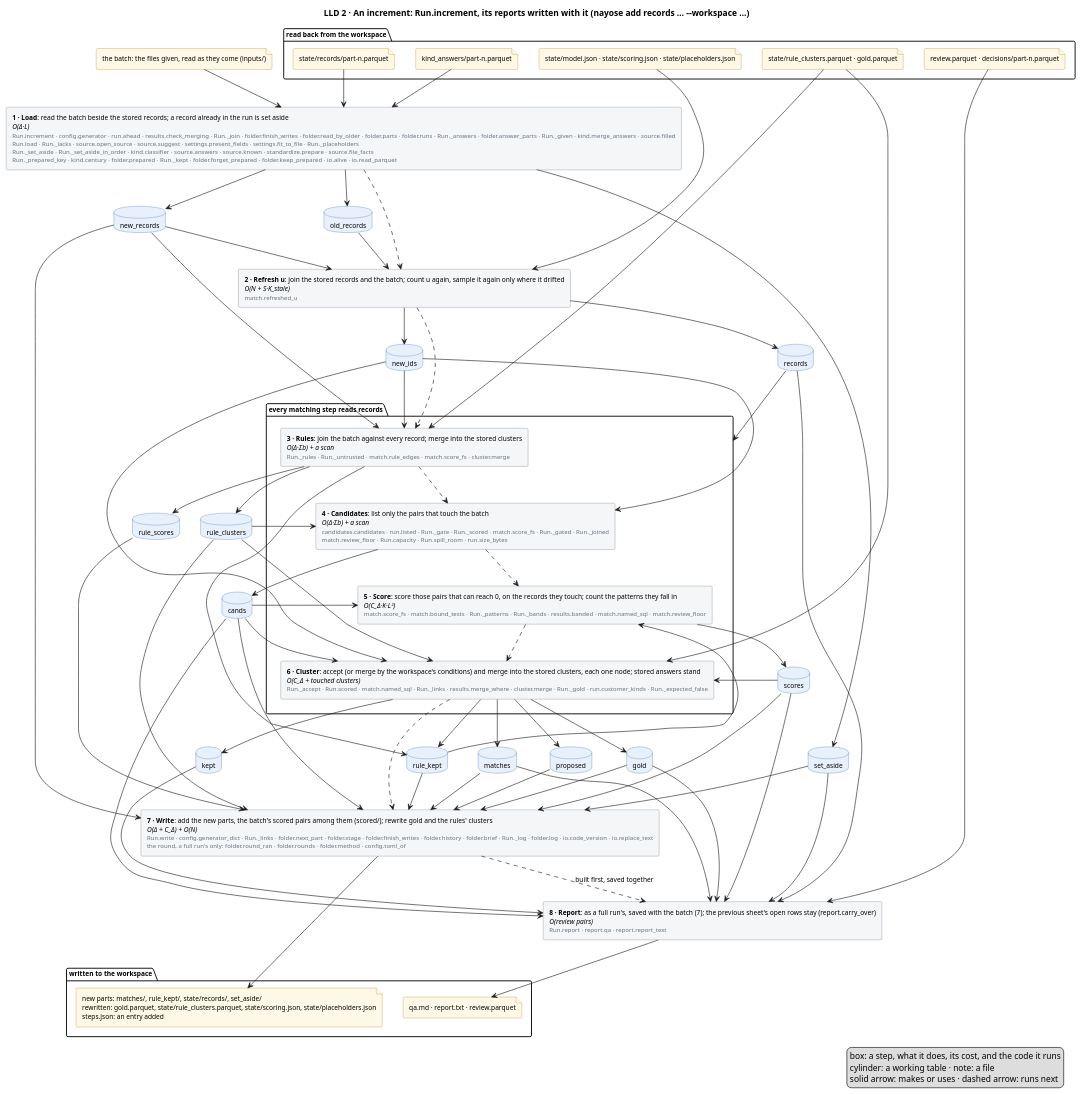
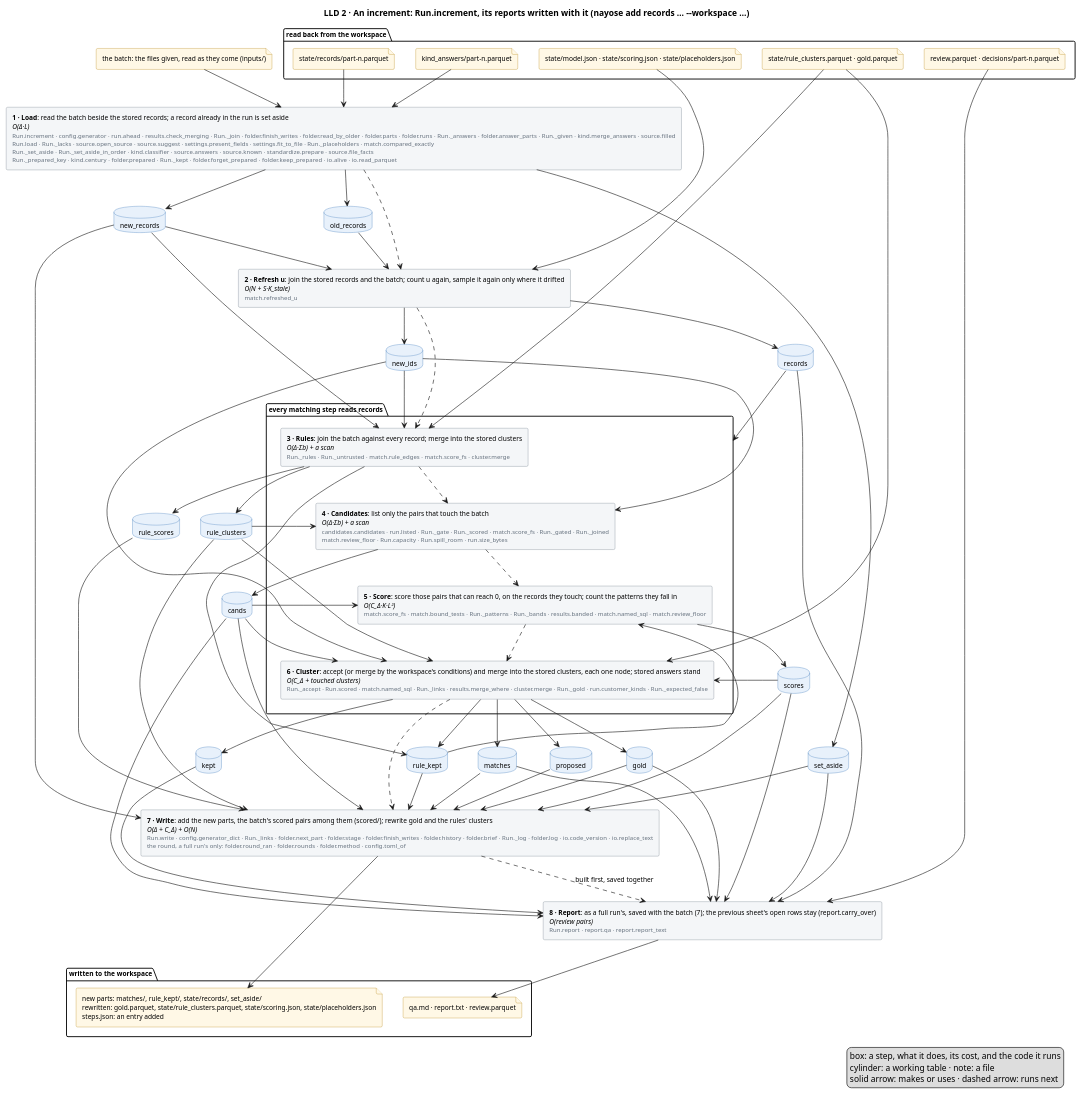
The diagram in docs/diagrams/increment.puml (mvsbm/entity_matching), drawn with PlantUML before and after one commit. The commit also changed 16 other files, not shown here.

First line of the commit message:
A placeholder value of a compared field is read as missing, so an exact match weighs what it says; the gap draws only records that could reach the floor; and a key whose agreement weighs nothing is not run where other keys list its pairs

```diff
--- a/docs/diagrams/increment.puml
+++ b/docs/diagrams/increment.puml
@@ -1,126 +1,126 @@
 @startuml increment
 title LLD 2 · An increment: Run.increment, its reports written with it (nayose add records … ~--workspace …)
 skinparam defaultFontSize 11
 skinparam rectangle {
   BackgroundColor #F4F6F8
   BorderColor #65717E
 }
 skinparam database {
   BackgroundColor #E8F1FB
   BorderColor #2C6DB3
 }
 skinparam file {
   BackgroundColor #FFF8E6
   BorderColor #B07D00
 }
 
 package "read back from the workspace" {
   file "state/model.json · state/scoring.json · state/placeholders.json" as f_model
   file "state/records/part-n.parquet" as f_records
   file "state/rule_clusters.parquet · gold.parquet" as f_clusters
   file "kind_answers/part-n.parquet" as f_answers
   file "review.parquet · decisions/part-n.parquet" as f_sheet
 }
 file "the batch: the files given, read as they come (inputs/)" as f_batch
 
 
-rectangle "<b>1 · Load</b>: read the batch beside the stored records; a record already in the run is set aside\n<i>O(Δ·L)</i>\n<size:10><color:#65717E>Run.increment · config.generator · run.ahead · results.check_merging · Run._join · folder.finish_writes · folder.read_by_older · folder.parts · folder.runs · Run._answers · folder.answer_parts · Run._given · kind.merge_answers · source.filled</color></size>\n<size:10><color:#65717E>Run.load · Run._lacks · source.open_source · source.suggest · settings.present_fields · settings.fit_to_file · Run._placeholders</color></size>\n<size:10><color:#65717E>Run._set_aside · Run._set_aside_in_order · kind.classifier · source.answers · source.known · standardize.prepare · source.file_facts</color></size>\n<size:10><color:#65717E>Run._prepared_key · kind.century · folder.prepared · Run._kept · folder.forget_prepared · folder.keep_prepared · io.alive · io.read_parquet</color></size>" as load
+rectangle "<b>1 · Load</b>: read the batch beside the stored records; a record already in the run is set aside\n<i>O(Δ·L)</i>\n<size:10><color:#65717E>Run.increment · config.generator · run.ahead · results.check_merging · Run._join · folder.finish_writes · folder.read_by_older · folder.parts · folder.runs · Run._answers · folder.answer_parts · Run._given · kind.merge_answers · source.filled</color></size>\n<size:10><color:#65717E>Run.load · Run._lacks · source.open_source · source.suggest · settings.present_fields · settings.fit_to_file · Run._placeholders · match.compared_exactly</color></size>\n<size:10><color:#65717E>Run._set_aside · Run._set_aside_in_order · kind.classifier · source.answers · source.known · standardize.prepare · source.file_facts</color></size>\n<size:10><color:#65717E>Run._prepared_key · kind.century · folder.prepared · Run._kept · folder.forget_prepared · folder.keep_prepared · io.alive · io.read_parquet</color></size>" as load
 rectangle "<b>2 · Refresh u</b>: join the stored records and the batch; count u again, sample it again only where it drifted\n<i>O(N + S·K_stale)</i>\n<size:10><color:#65717E>match.refreshed_u</color></size>" as fit
 package "every matching step reads records" as matching {
   rectangle "<b>3 · Rules</b>: join the batch against every record; merge into the stored clusters\n<i>O(Δ·Σb) + a scan</i>\n<size:10><color:#65717E>Run._rules · Run._untrusted · match.rule_edges · match.score_fs · cluster.merge</color></size>" as rules
   rectangle "<b>4 · Candidates</b>: list only the pairs that touch the batch\n<i>O(Δ·Σb) + a scan</i>\n<size:10><color:#65717E>candidates.candidates · run.listed · Run._gate · Run._scored · match.score_fs · Run._gated · Run._joined</color></size>\n<size:10><color:#65717E>match.review_floor · Run.capacity · Run.spill_room · run.size_bytes</color></size>" as candidates
   rectangle "<b>5 · Score</b>: score those pairs that can reach 0, on the records they touch; count the patterns they fall in\n<i>O(C_Δ·K·L²)</i>\n<size:10><color:#65717E>match.score_fs · match.bound_tests · Run._patterns · Run._bands · results.banded · match.named_sql · match.review_floor</color></size>" as score
   rectangle "<b>6 · Cluster</b>: accept (or merge by the workspace's conditions) and merge into the stored clusters, each one node; stored answers stand\n<i>O(C_Δ + touched clusters)</i>\n<size:10><color:#65717E>Run._accept · Run.scored · match.named_sql · Run._links · results.merge_where · cluster.merge · Run._gold · run.customer_kinds · Run._expected_false</color></size>" as cluster
 }
 rectangle "<b>7 · Write</b>: add the new parts, the batch's scored pairs among them (scored/); rewrite gold and the rules' clusters\n<i>O(Δ + C_Δ) + O(N)</i>\n<size:10><color:#65717E>Run.write · config.generator_dict · Run._links · folder.next_part · folder.stage · folder.finish_writes · folder.history · folder.brief · Run._log · folder.log · io.code_version · io.replace_text</color></size>\n<size:10><color:#65717E>the round, a full run's only: folder.round_ran · folder.rounds · folder.method · config.toml_of</color></size>" as write
 rectangle "<b>8 · Report</b>: as a full run's, saved with the batch (7); the previous sheet's open rows stay (report.carry_over)\n<i>O(review pairs)</i>\n<size:10><color:#65717E>Run.report · report.qa · report.report_text</color></size>" as report
 database "old_records" as old_records
 database "new_records" as new_records
 database "set_aside" as set_aside
 database "records" as records
 database "new_ids" as new_ids
 database "rule_clusters" as rule_clusters
 database "rule_kept" as rule_kept
 database "cands" as cands
 database "scores" as scores
 database "rule_scores" as rule_scores
 database "matches" as matches
 database "proposed" as proposed
 database "kept" as kept
 database "gold" as gold
 
 package "written to the workspace" {
   file "new parts: matches/, rule_kept/, state/records/, set_aside/\nrewritten: gold.parquet, state/rule_clusters.parquet, state/scoring.json, state/placeholders.json\nsteps.json: an entry added" as f_out
   file "qa.md · report.txt · review.parquet" as f_people
 }
 
 f_batch --> load
 f_records --> load
 f_answers --> load
 f_model --> fit
 f_clusters --> rules
 f_clusters --> cluster
 f_sheet --> report
 
 load ..> fit
 fit ..> rules
 rules ..> candidates
 candidates ..> score
 score ..> cluster
 cluster ..> write
 write ..> report : built first, saved together
 
 load --> old_records
 load --> new_records
 load --> set_aside
 old_records --> fit
 new_records --> fit
 fit --> records
 fit --> new_ids
 records --> matching
 new_records --> rules
 new_ids --> rules
 rules --> rule_clusters
 rules --> rule_kept
 rules --> rule_scores
 rule_scores --> write
 cands --> write
 scores --> write
 new_ids --> candidates
 candidates --> cands
 cands --> score
 score --> scores
 new_ids --> cluster
 rule_clusters --> candidates
 rule_clusters --> cluster
 cands --> cluster
 scores --> cluster
 cluster --> matches
 cluster --> proposed
 cluster --> kept
 cluster --> rule_kept
 kept --> report
 proposed --> write
 cluster --> gold
 new_records --> write
 rule_clusters --> write
 rule_kept --> write
 rule_kept --> score
 matches --> write
 gold --> write
 set_aside --> write
 records --> report
 cands --> report
 scores --> report
 matches --> report
 gold --> report
 set_aside --> report
 
 write --> f_out
 report --> f_people
 legend right
   box: a step, what it does, its cost, and the code it runs
   cylinder: a working table · note: a file
   solid arrow: makes or uses · dashed arrow: runs next
 endlegend
 @enduml
```
